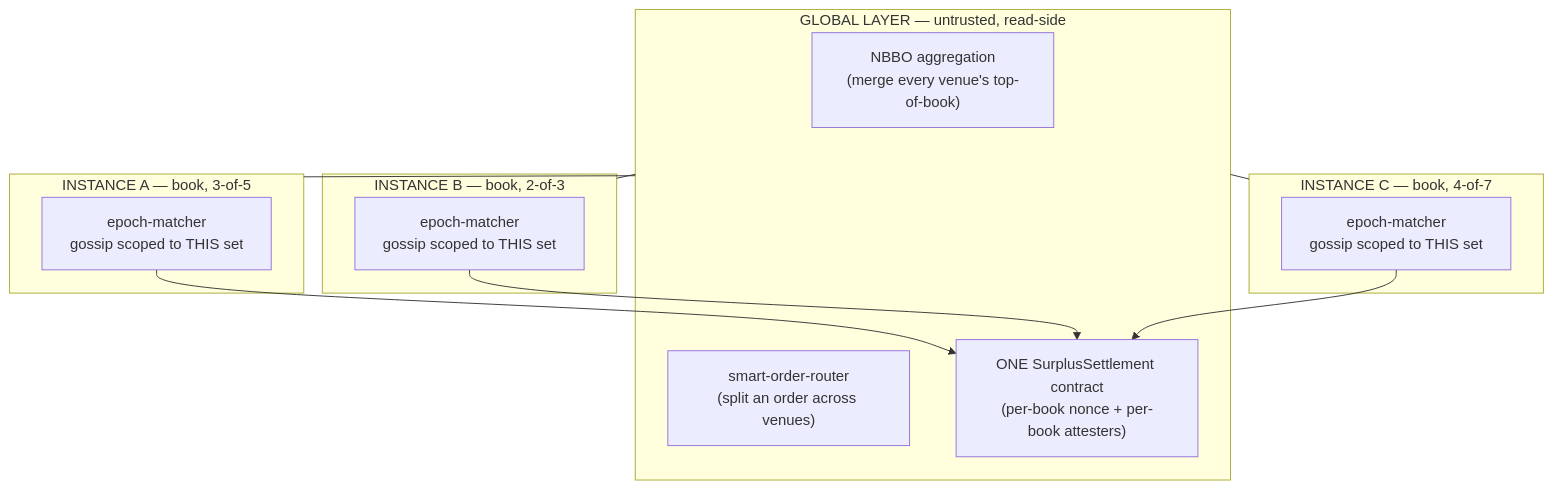
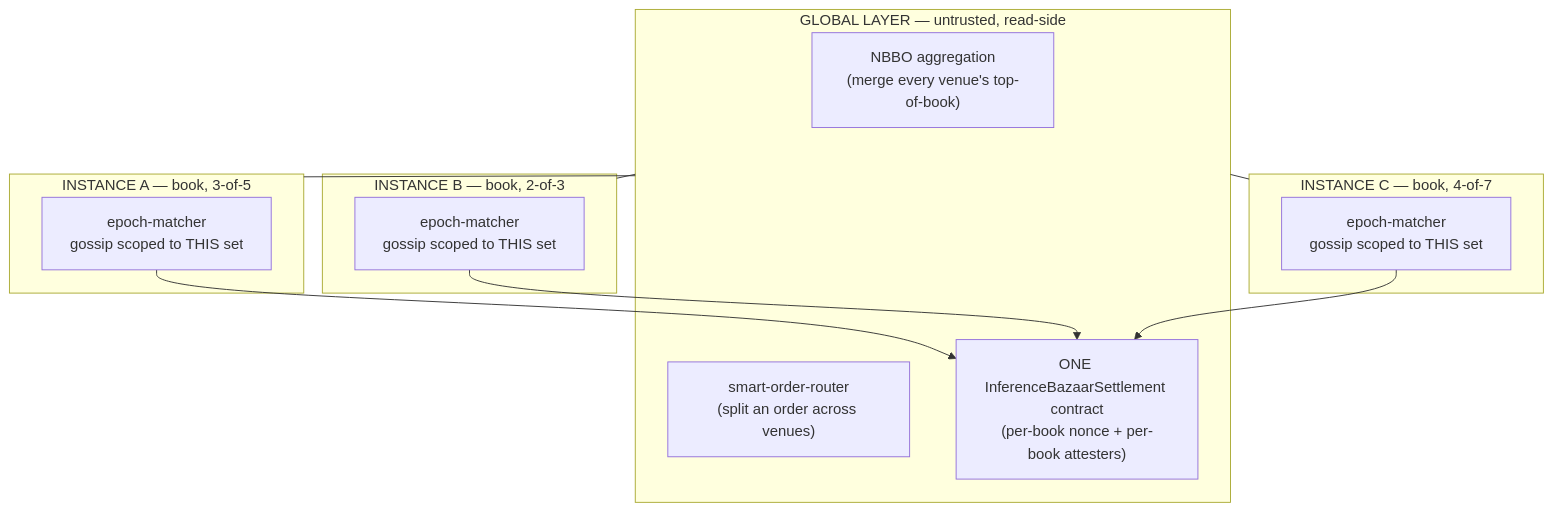
The second of 2 diagrams in docs/specs/architecture.md (tangle-network/inference-bazaar), drawn with Mermaid before and after one commit. The commit also changed other lines of this file and 196 other files, not shown here.

First line of the commit message:
refactor!: rename surplus → inference-bazaar across the entire repo

````diff
--- a/docs/specs/architecture.md
+++ b/docs/specs/architecture.md
@@ -118,23 +118,23 @@
 ```mermaid
 flowchart TB
   subgraph GLOBAL["GLOBAL LAYER — untrusted, read-side"]
     NBBO["NBBO aggregation<br/>(merge every venue's top-of-book)"]
     SOR["smart-order-router<br/>(split an order across venues)"]
-    SETTLE["ONE SurplusSettlement contract<br/>(per-book nonce + per-book attesters)"]
+    SETTLE["ONE InferenceBazaarSettlement contract<br/>(per-book nonce + per-book attesters)"]
   end
   subgraph A["INSTANCE A — book, 3-of-5"]
     AM["epoch-matcher<br/>gossip scoped to THIS set"]
   end
   subgraph B["INSTANCE B — book, 2-of-3"]
     BM["epoch-matcher<br/>gossip scoped to THIS set"]
   end
   subgraph C["INSTANCE C — book, 4-of-7"]
     CM["epoch-matcher<br/>gossip scoped to THIS set"]
   end
   GLOBAL --- A
   GLOBAL --- B
   GLOBAL --- C
   AM --> SETTLE
   BM --> SETTLE
   CM --> SETTLE
 ```
````
